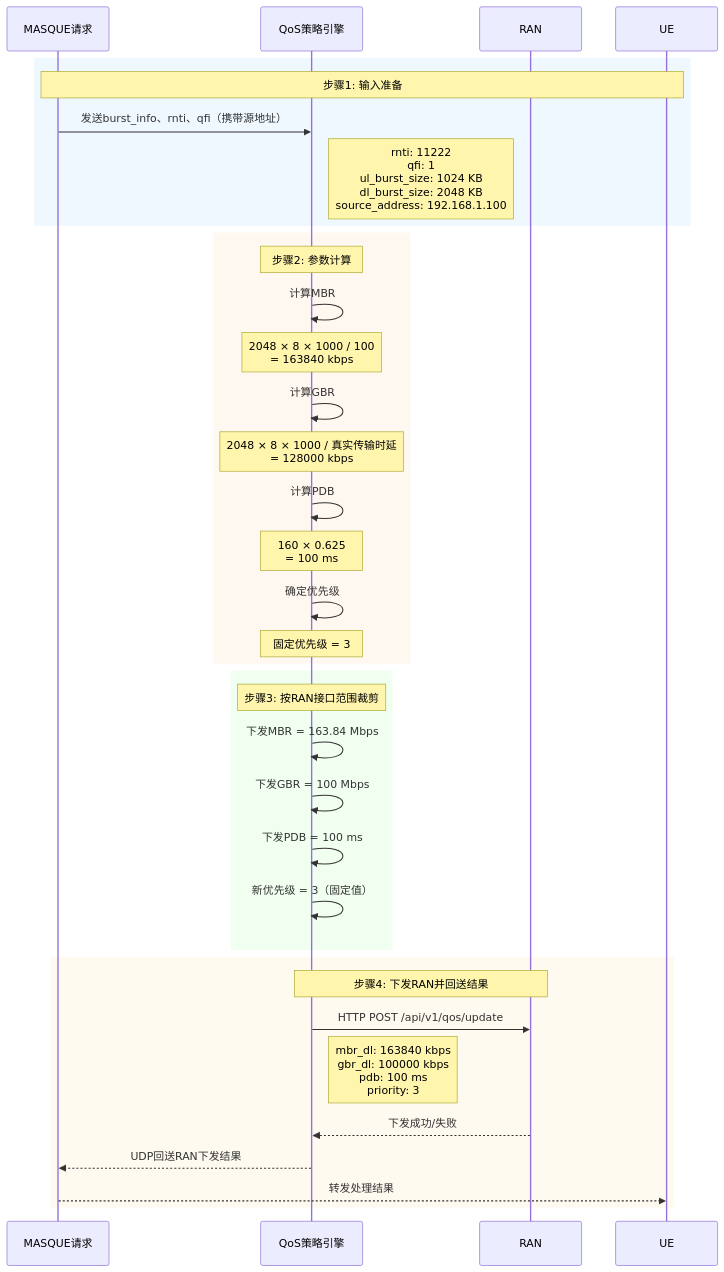
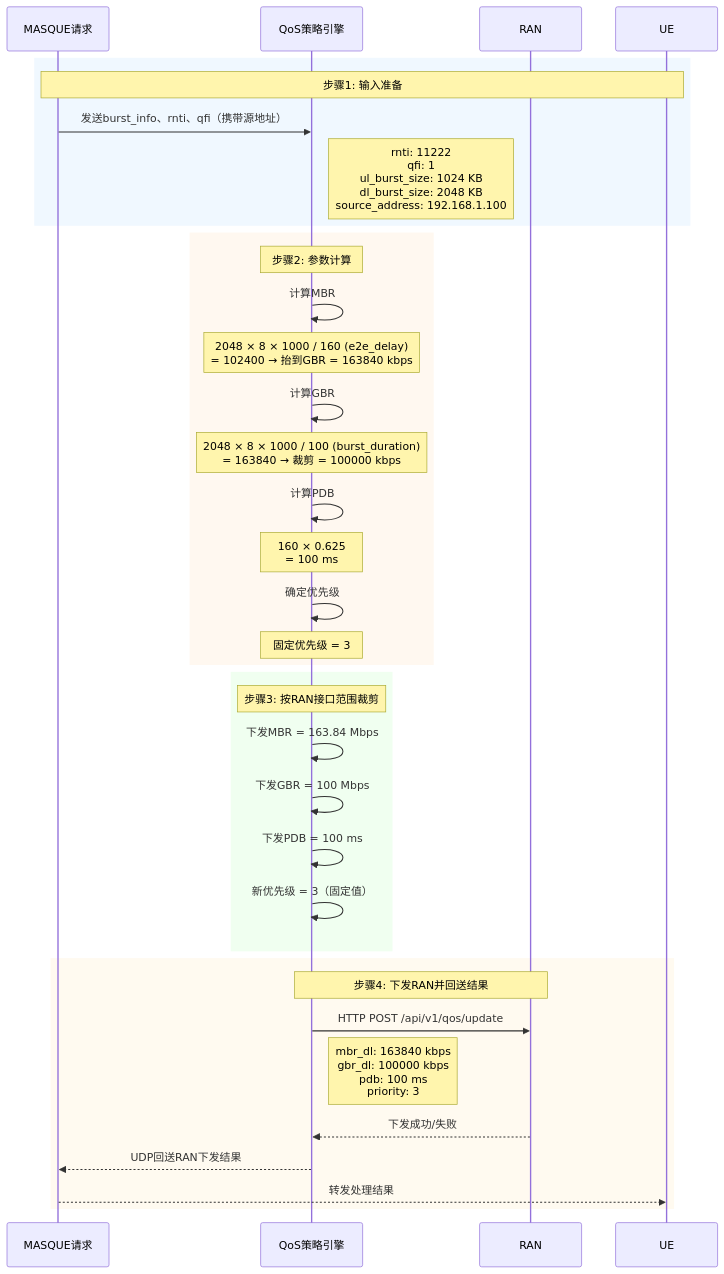
One commit to acore2026/QoSModule changed the tenth of 10 diagrams in 随路Qos设计文档.md. Above: the diagram before and after it, drawn with Mermaid. The commit also changed other lines of this file and 4 other files, not shown here.

````diff
--- a/随路Qos设计文档.md
+++ b/随路Qos设计文档.md
@@ -476,41 +474,41 @@
 ```mermaid
 sequenceDiagram
 participant MASQUE as MASQUE请求
 participant Engine as QoS策略引擎
 participant RAN as RAN
 participant UE as UE
 rect rgb(240, 248, 255)
 Note over MASQUE,UE: 步骤1: 输入准备
 MASQUE->>Engine: 发送burst_info、rnti、qfi（携带源地址）
 Note right of Engine: rnti: 11222<br/>qfi: 1<br/>ul_burst_size: 1024 KB<br/>dl_burst_size: 2048 KB<br/>source_address: 192.168.1.100
 end
 
 rect rgb(255, 248, 240)
 Note over Engine: 步骤2: 参数计算
 Engine->>Engine: 计算MBR
-Note over Engine: 2048 × 8 × 1000 / 100<br/>= 163840 kbps
+Note over Engine: 2048 × 8 × 1000 / 160 (e2e_delay)<br/>= 102400 → 抬到GBR = 163840 kbps
 Engine->>Engine: 计算GBR
-Note over Engine: 2048 × 8 × 1000 / 真实传输时延<br/>= 128000 kbps
+Note over Engine: 2048 × 8 × 1000 / 100 (burst_duration)<br/>= 163840 → 裁剪 = 100000 kbps
 Engine->>Engine: 计算PDB
 Note over Engine: 160 × 0.625<br/>= 100 ms
 Engine->>Engine: 确定优先级
 Note over Engine: 固定优先级 = 3
 end
 
 rect rgb(240, 255, 240)
 Note over Engine: 步骤3: 按RAN接口范围裁剪
 Engine->>Engine: 下发MBR = 163.84 Mbps
 Engine->>Engine: 下发GBR = 100 Mbps
 Engine->>Engine: 下发PDB = 100 ms
 Engine->>Engine: 新优先级 = 3（固定值）
 end
 
 rect rgb(255, 250, 240)
 Note over Engine,RAN: 步骤4: 下发RAN并回送结果
 Engine->>RAN: HTTP POST /api/v1/qos/update
 Note right of Engine: mbr_dl: 163840 kbps<br/>gbr_dl: 100000 kbps<br/>pdb: 100 ms<br/>priority: 3
 RAN-->>Engine: 下发成功/失败
 Engine-->>MASQUE: UDP回送RAN下发结果
 MASQUE-->>UE: 转发处理结果
 end
 ```
````
